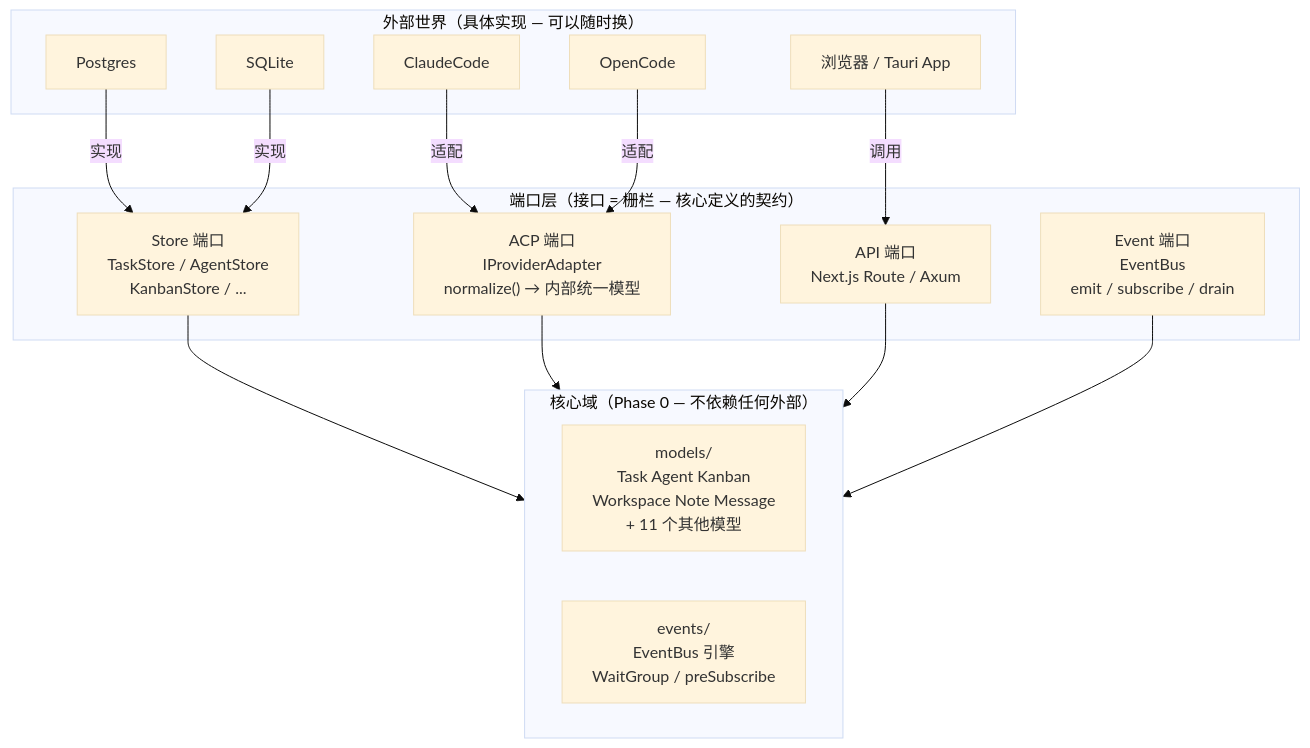
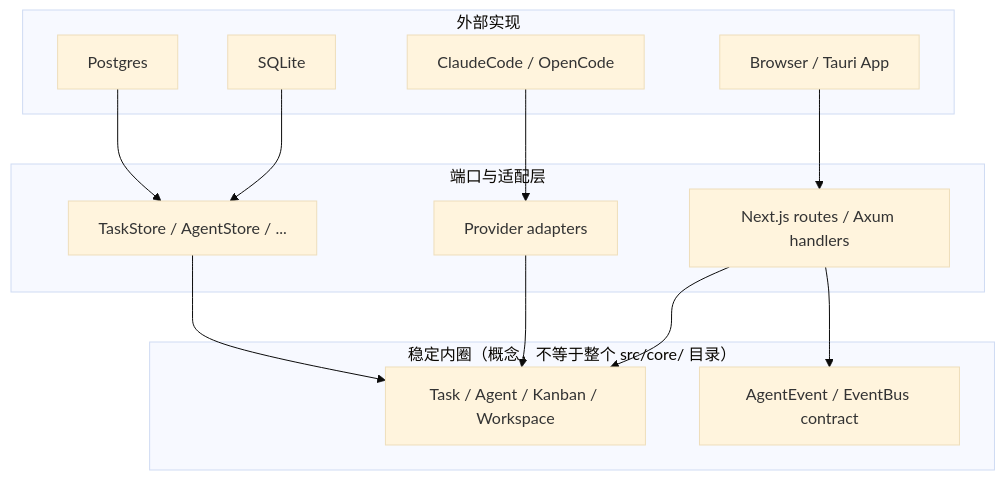
The first of 2 diagrams in docs/learning/koda-replication/phase0-analysis.md (waybi/routa), drawn with Mermaid (base theme) before and after one commit. The commit also changed other lines of this file, not shown here.

First line of the commit message:
docs: phase0-analysis 教学增强 — 本节路线+证据标记+章节衔接+五镜头加粗

````diff
--- a/docs/learning/koda-replication/phase0-analysis.md
+++ b/docs/learning/koda-replication/phase0-analysis.md
@@ -188,33 +193,29 @@
 ```mermaid
 graph TB
-    subgraph external["外部世界（具体实现 — 可以随时换）"]
+    subgraph external["外部实现"]
         pg["Postgres"]
         sqlite["SQLite"]
-        claude["ClaudeCode"]
-        opencode["OpenCode"]
-        browser["浏览器 / Tauri App"]
+        providers["ClaudeCode / OpenCode"]
+        clients["Browser / Tauri App"]
     end
 
-    subgraph ports["端口层（接口 = 栅栏 — 核心定义的契约）"]
-        storePort["Store 端口<br/>TaskStore / AgentStore<br/>KanbanStore / ..."]
-        acpPort["ACP 端口<br/>IProviderAdapter<br/>normalize() → 内部统一模型"]
-        apiPort["API 端口<br/>Next.js Route / Axum"]
-        eventPort["Event 端口<br/>EventBus<br/>emit / subscribe / drain"]
+    subgraph adapters["端口与适配层"]
+        stores["TaskStore / AgentStore / ..."]
+        acp["Provider adapters"]
+        api["Next.js routes / Axum handlers"]
     end
 
-    subgraph core["核心域（Phase 0 — 不依赖任何外部）"]
-        models["models/<br/>Task Agent Kanban<br/>Workspace Note Message<br/>+ 11 个其他模型"]
-        events["events/<br/>EventBus 引擎<br/>WaitGroup / preSubscribe"]
+    subgraph domain["稳定内圈（概念，不等于整个 src/core/ 目录）"]
+        models["Task / Agent / Kanban / Workspace"]
+        eventContract["AgentEvent / EventBus contract"]
     end
 
-    pg       -->|"实现"| storePort
-    sqlite   -->|"实现"| storePort
-    claude   -->|"适配"| acpPort
-    opencode -->|"适配"| acpPort
-    browser  -->|"调用"| apiPort
-
-    storePort --> core
-    acpPort   --> core
-    apiPort   --> core
-    eventPort --> core
+    pg --> stores
+    sqlite --> stores
+    providers --> acp
+    clients --> api
+    stores --> models
+    acp --> models
+    api --> models
+    api --> eventContract
 ```
````
